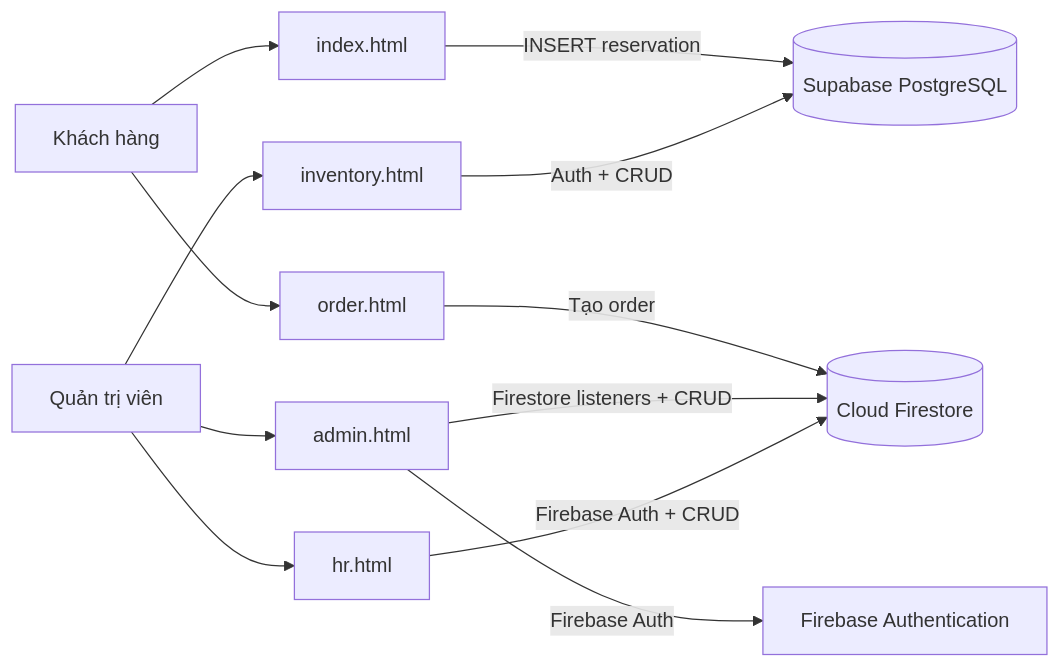
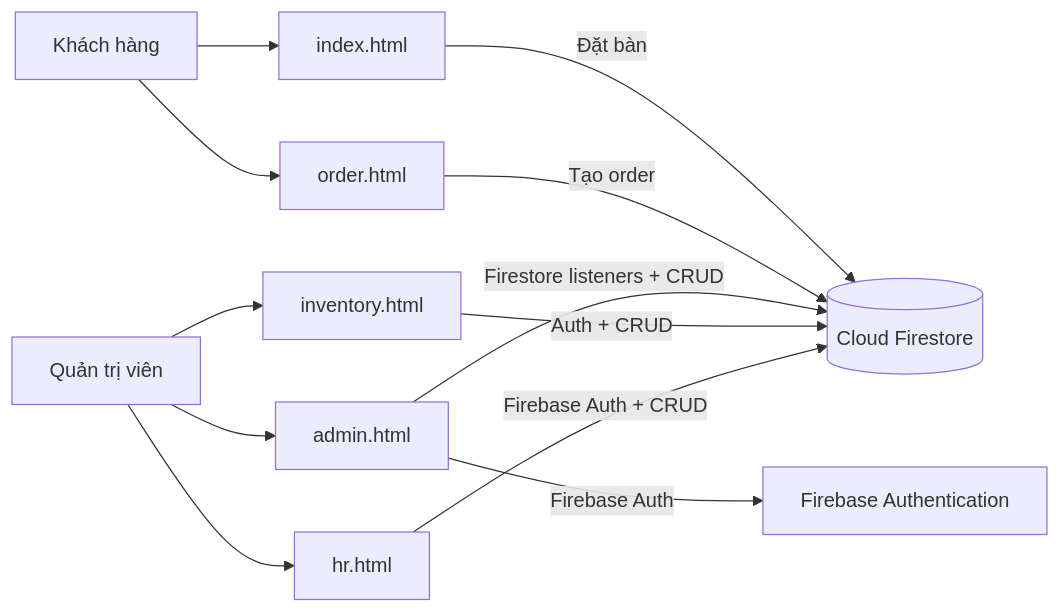
One commit to toandien236/cafe-management-system changed the diagram in docs/architecture.md. Above: the diagram before and after it, drawn with Mermaid. The commit also changed other lines of this file and 8 other files, not shown here.

Commit message:
Move inventory management to Firestore

````diff
--- a/docs/architecture.md
+++ b/docs/architecture.md
@@ -11,14 +11,14 @@
 ```mermaid
 flowchart LR
   Guest[Khách hàng] --> Site[index.html]
   Guest --> QR[order.html]
   Admin[Quản trị viên] --> Portal[admin.html]
   Admin --> Inventory[inventory.html]
   Admin --> HR[hr.html]
-  Site -->|INSERT reservation| DB[(Supabase PostgreSQL)]
-  QR -->|Tạo order| Firestore[(Cloud Firestore)]
+  Site -->|Đặt bàn| Firestore[(Cloud Firestore)]
+  QR -->|Tạo order| Firestore
   Portal -->|Firebase Auth| Auth[Firebase Authentication]
   Portal -->|Firestore listeners + CRUD| Firestore
-  Inventory -->|Auth + CRUD| DB
+  Inventory -->|Auth + CRUD| Firestore
   HR -->|Firebase Auth + CRUD| Firestore
 ```
````
